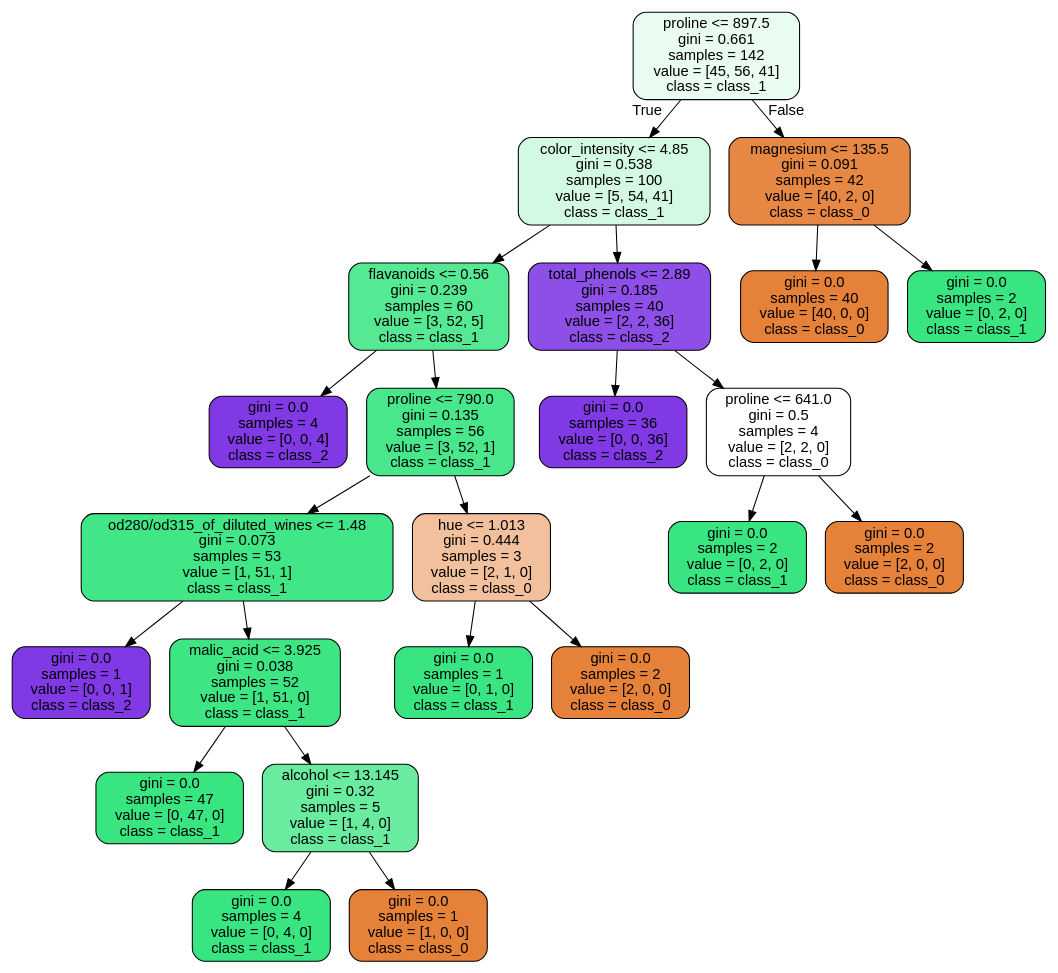
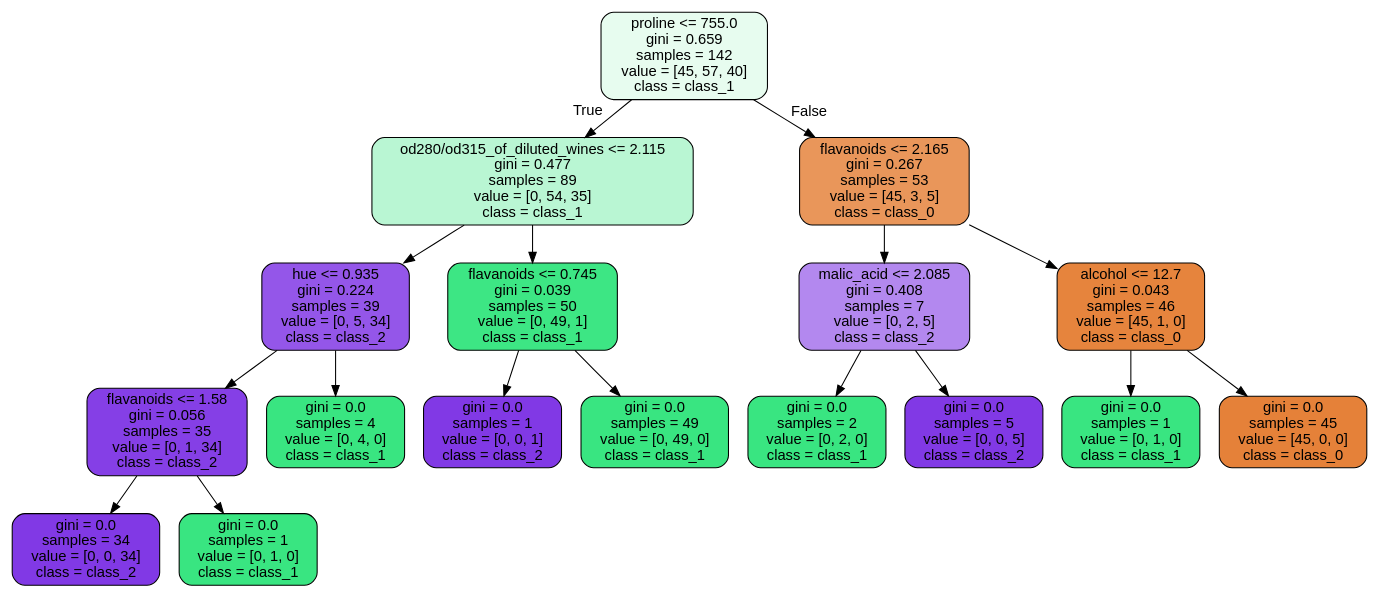
The diagram in images/decision_trees/wine_tree_train.dot (JoseDeJesusMendozaBecerril/Practica4_MineriaDeDatos), drawn with Graphviz before and after one commit. The commit also changed 8 other files, not shown here.

```diff
--- a/images/decision_trees/wine_tree_train.dot
+++ b/images/decision_trees/wine_tree_train.dot
@@ -1,49 +1,37 @@
 digraph Tree {
 node [shape=box, style="filled, rounded", color="black", fontname=helvetica] ;
 edge [fontname=helvetica] ;
-0 [label="proline <= 897.5\ngini = 0.661\nsamples = 142\nvalue = [45, 56, 41]\nclass = class_1", fillcolor="#e9fcf1"] ;
-1 [label="color_intensity <= 4.85\ngini = 0.538\nsamples = 100\nvalue = [5, 54, 41]\nclass = class_1", fillcolor="#d3f9e3"] ;
+0 [label="proline <= 755.0\ngini = 0.659\nsamples = 142\nvalue = [45, 57, 40]\nclass = class_1", fillcolor="#e7fcef"] ;
+1 [label="od280/od315_of_diluted_wines <= 2.115\ngini = 0.477\nsamples = 89\nvalue = [0, 54, 35]\nclass = class_1", fillcolor="#b9f6d3"] ;
 0 -> 1 [labeldistance=2.5, labelangle=45, headlabel="True"] ;
-2 [label="flavanoids <= 0.56\ngini = 0.239\nsamples = 60\nvalue = [3, 52, 5]\nclass = class_1", fillcolor="#56e993"] ;
+2 [label="hue <= 0.935\ngini = 0.224\nsamples = 39\nvalue = [0, 5, 34]\nclass = class_2", fillcolor="#9456e9"] ;
 1 -> 2 ;
-3 [label="gini = 0.0\nsamples = 4\nvalue = [0, 0, 4]\nclass = class_2", fillcolor="#8139e5"] ;
+3 [label="flavanoids <= 1.58\ngini = 0.056\nsamples = 35\nvalue = [0, 1, 34]\nclass = class_2", fillcolor="#853fe6"] ;
 2 -> 3 ;
-4 [label="proline <= 790.0\ngini = 0.135\nsamples = 56\nvalue = [3, 52, 1]\nclass = class_1", fillcolor="#48e78b"] ;
-2 -> 4 ;
-5 [label="od280/od315_of_diluted_wines <= 1.48\ngini = 0.073\nsamples = 53\nvalue = [1, 51, 1]\nclass = class_1", fillcolor="#41e686"] ;
-4 -> 5 ;
-6 [label="gini = 0.0\nsamples = 1\nvalue = [0, 0, 1]\nclass = class_2", fillcolor="#8139e5"] ;
-5 -> 6 ;
-7 [label="malic_acid <= 3.925\ngini = 0.038\nsamples = 52\nvalue = [1, 51, 0]\nclass = class_1", fillcolor="#3de683"] ;
-5 -> 7 ;
-8 [label="gini = 0.0\nsamples = 47\nvalue = [0, 47, 0]\nclass = class_1", fillcolor="#39e581"] ;
+4 [label="gini = 0.0\nsamples = 34\nvalue = [0, 0, 34]\nclass = class_2", fillcolor="#8139e5"] ;
+3 -> 4 ;
+5 [label="gini = 0.0\nsamples = 1\nvalue = [0, 1, 0]\nclass = class_1", fillcolor="#39e581"] ;
+3 -> 5 ;
+6 [label="gini = 0.0\nsamples = 4\nvalue = [0, 4, 0]\nclass = class_1", fillcolor="#39e581"] ;
+2 -> 6 ;
+7 [label="flavanoids <= 0.745\ngini = 0.039\nsamples = 50\nvalue = [0, 49, 1]\nclass = class_1", fillcolor="#3de684"] ;
+1 -> 7 ;
+8 [label="gini = 0.0\nsamples = 1\nvalue = [0, 0, 1]\nclass = class_2", fillcolor="#8139e5"] ;
 7 -> 8 ;
-9 [label="alcohol <= 13.145\ngini = 0.32\nsamples = 5\nvalue = [1, 4, 0]\nclass = class_1", fillcolor="#6aeca0"] ;
+9 [label="gini = 0.0\nsamples = 49\nvalue = [0, 49, 0]\nclass = class_1", fillcolor="#39e581"] ;
 7 -> 9 ;
-10 [label="gini = 0.0\nsamples = 4\nvalue = [0, 4, 0]\nclass = class_1", fillcolor="#39e581"] ;
-9 -> 10 ;
-11 [label="gini = 0.0\nsamples = 1\nvalue = [1, 0, 0]\nclass = class_0", fillcolor="#e58139"] ;
-9 -> 11 ;
-12 [label="hue <= 1.013\ngini = 0.444\nsamples = 3\nvalue = [2, 1, 0]\nclass = class_0", fillcolor="#f2c09c"] ;
-4 -> 12 ;
-13 [label="gini = 0.0\nsamples = 1\nvalue = [0, 1, 0]\nclass = class_1", fillcolor="#39e581"] ;
-12 -> 13 ;
-14 [label="gini = 0.0\nsamples = 2\nvalue = [2, 0, 0]\nclass = class_0", fillcolor="#e58139"] ;
-12 -> 14 ;
-15 [label="total_phenols <= 2.89\ngini = 0.185\nsamples = 40\nvalue = [2, 2, 36]\nclass = class_2", fillcolor="#8e4ee8"] ;
-1 -> 15 ;
-16 [label="gini = 0.0\nsamples = 36\nvalue = [0, 0, 36]\nclass = class_2", fillcolor="#8139e5"] ;
-15 -> 16 ;
-17 [label="proline <= 641.0\ngini = 0.5\nsamples = 4\nvalue = [2, 2, 0]\nclass = class_0", fillcolor="#ffffff"] ;
-15 -> 17 ;
-18 [label="gini = 0.0\nsamples = 2\nvalue = [0, 2, 0]\nclass = class_1", fillcolor="#39e581"] ;
-17 -> 18 ;
-19 [label="gini = 0.0\nsamples = 2\nvalue = [2, 0, 0]\nclass = class_0", fillcolor="#e58139"] ;
-17 -> 19 ;
-20 [label="magnesium <= 135.5\ngini = 0.091\nsamples = 42\nvalue = [40, 2, 0]\nclass = class_0", fillcolor="#e68743"] ;
-0 -> 20 [labeldistance=2.5, labelangle=-45, headlabel="False"] ;
-21 [label="gini = 0.0\nsamples = 40\nvalue = [40, 0, 0]\nclass = class_0", fillcolor="#e58139"] ;
-20 -> 21 ;
-22 [label="gini = 0.0\nsamples = 2\nvalue = [0, 2, 0]\nclass = class_1", fillcolor="#39e581"] ;
-20 -> 22 ;
+10 [label="flavanoids <= 2.165\ngini = 0.267\nsamples = 53\nvalue = [45, 3, 5]\nclass = class_0", fillcolor="#e9965a"] ;
+0 -> 10 [labeldistance=2.5, labelangle=-45, headlabel="False"] ;
+11 [label="malic_acid <= 2.085\ngini = 0.408\nsamples = 7\nvalue = [0, 2, 5]\nclass = class_2", fillcolor="#b388ef"] ;
+10 -> 11 ;
+12 [label="gini = 0.0\nsamples = 2\nvalue = [0, 2, 0]\nclass = class_1", fillcolor="#39e581"] ;
+11 -> 12 ;
+13 [label="gini = 0.0\nsamples = 5\nvalue = [0, 0, 5]\nclass = class_2", fillcolor="#8139e5"] ;
+11 -> 13 ;
+14 [label="alcohol <= 12.7\ngini = 0.043\nsamples = 46\nvalue = [45, 1, 0]\nclass = class_0", fillcolor="#e6843d"] ;
+10 -> 14 ;
+15 [label="gini = 0.0\nsamples = 1\nvalue = [0, 1, 0]\nclass = class_1", fillcolor="#39e581"] ;
+14 -> 15 ;
+16 [label="gini = 0.0\nsamples = 45\nvalue = [45, 0, 0]\nclass = class_0", fillcolor="#e58139"] ;
+14 -> 16 ;
 }
```
